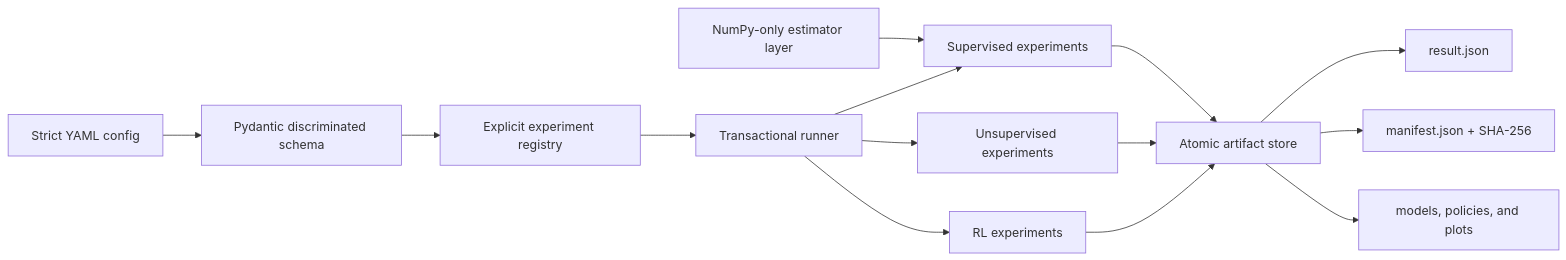
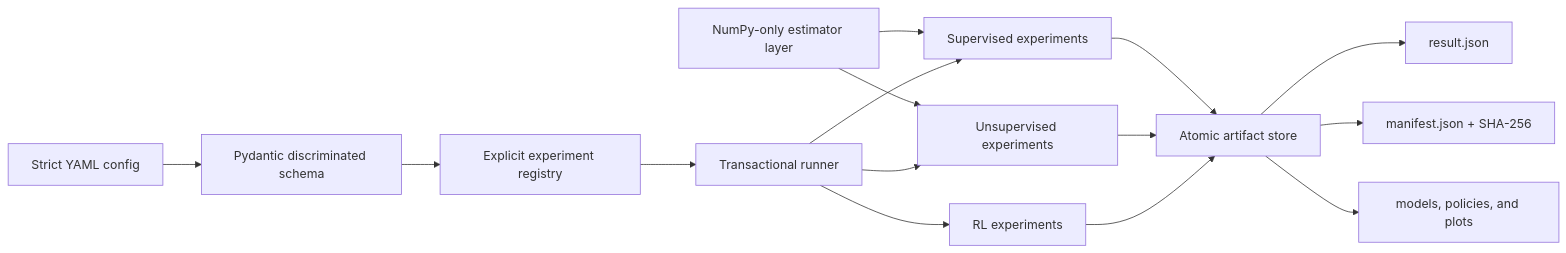
One commit to srgangaram-swe/learning-systems-atlas changed the diagram in README.md. Above: the diagram before and after it, drawn with Mermaid. The commit also changed other lines of this file and 69 other files, not shown here.

````diff
--- a/README.md
+++ b/README.md
@@ -156,16 +220,17 @@
 ```mermaid
 flowchart LR
     YAML[Strict YAML config] --> ADAPTER[Pydantic discriminated schema]
     ADAPTER --> REGISTRY[Explicit experiment registry]
     REGISTRY --> RUNNER[Transactional runner]
     NUMPY[NumPy-only estimator layer] --> SUP[Supervised experiments]
+    NUMPY --> UNSUP[Unsupervised experiments]
     RUNNER --> SUP[Supervised experiments]
     RUNNER --> UNSUP[Unsupervised experiments]
     RUNNER --> RL[RL experiments]
     SUP --> STORE[Atomic artifact store]
     UNSUP --> STORE
     RL --> STORE
     STORE --> RESULT[result.json]
     STORE --> MANIFEST[manifest.json + SHA-256]
     STORE --> EVIDENCE[models, policies, and plots]
 ```
````
